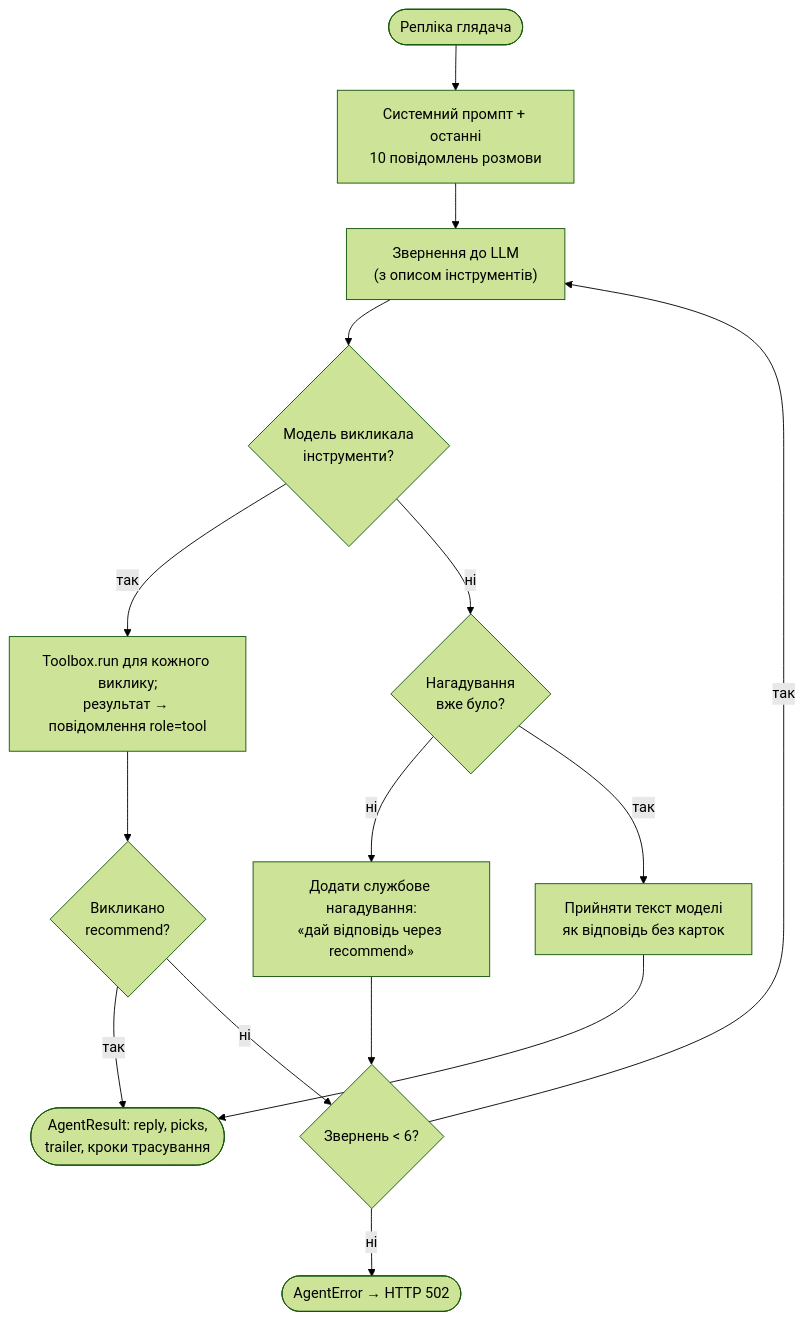
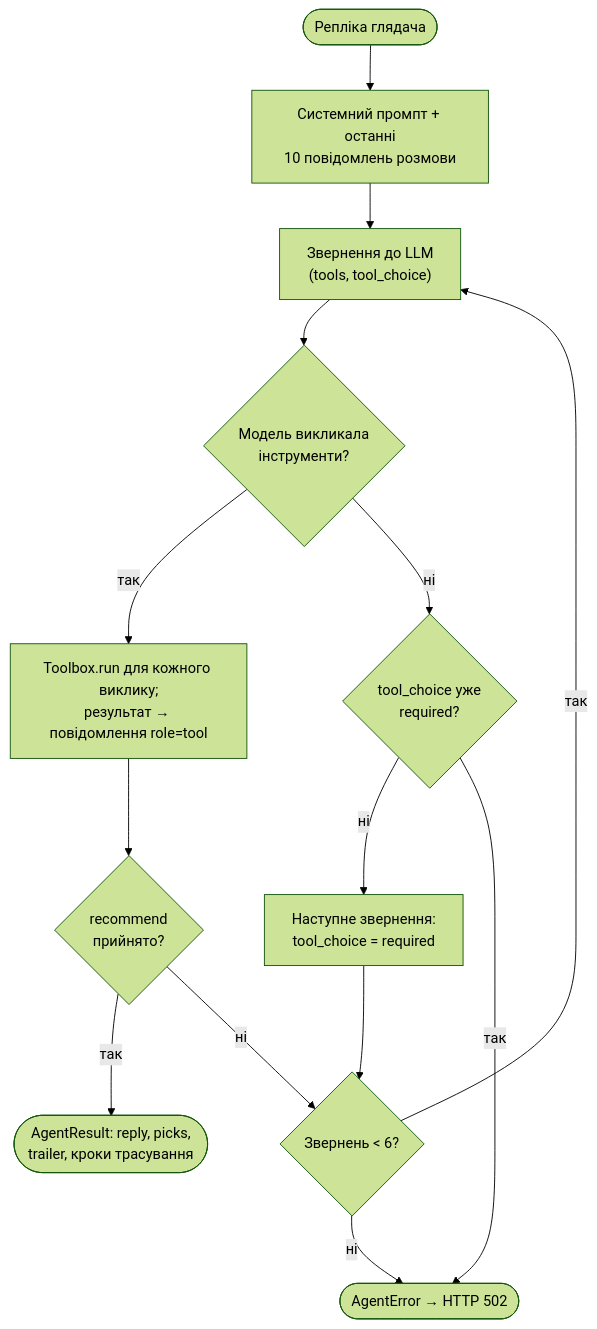
One commit to woldemarg/movie_rs changed the second of 3 diagrams in docs/03-llm-and-tool-calling.md. Above: the diagram before and after it, drawn with Mermaid (forest theme). The commit also changed other lines of this file and 11 other files, not shown here.

````diff
--- a/docs/03-llm-and-tool-calling.md
+++ b/docs/03-llm-and-tool-calling.md
@@ -51,25 +51,24 @@
 ```mermaid
 flowchart TB
     start(["Репліка глядача"])
     sys["Системний промпт + останні<br/>10 повідомлень розмови"]
-    ask["Звернення до LLM<br/>(з описом інструментів)"]
+    ask["Звернення до LLM<br/>(tools, tool_choice)"]
     tc{"Модель викликала<br/>інструменти?"}
     run["Toolbox.run для кожного виклику;<br/>результат → повідомлення role=tool"]
-    ans{"Викликано<br/>recommend?"}
-    nudge{"Нагадування<br/>вже було?"}
-    add["Додати службове нагадування:<br/>«дай відповідь через recommend»"]
-    prose["Прийняти текст моделі<br/>як відповідь без карток"]
+    ans{"recommend<br/>прийнято?"}
+    req{"tool_choice уже<br/>required?"}
+    force["Наступне звернення:<br/>tool_choice = required"]
     budget{"Звернень < 6?"}
     done(["AgentResult: reply, picks,<br/>trailer, кроки трасування"])
     fail(["AgentError → HTTP 502"])
 
     start --> sys --> ask --> tc
     tc -- так --> run --> ans
-    tc -- ні --> nudge
-    nudge -- ні --> add --> budget
-    nudge -- так --> prose --> done
+    tc -- ні --> req
+    req -- ні --> force --> budget
+    req -- так --> fail
     ans -- так --> done
     ans -- ні --> budget
     budget -- так --> ask
     budget -- ні --> fail
 ```
````
